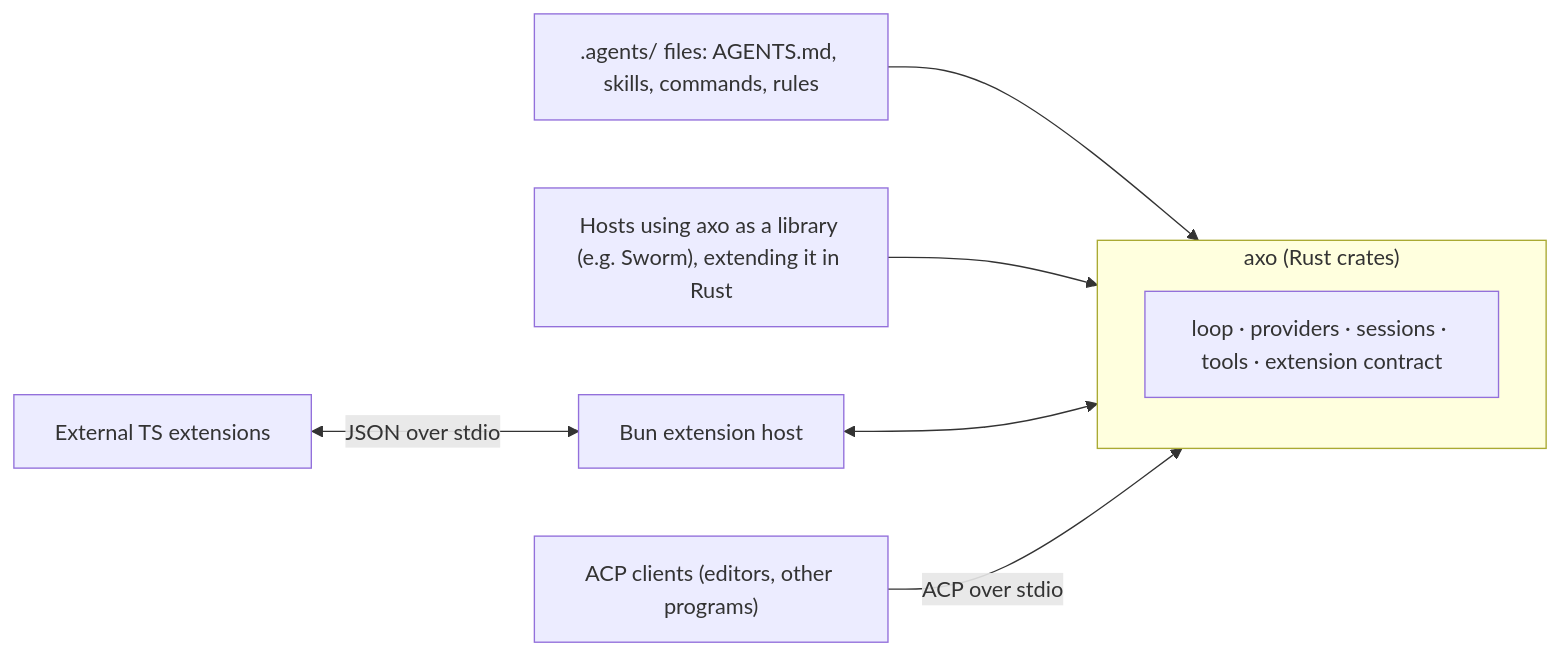
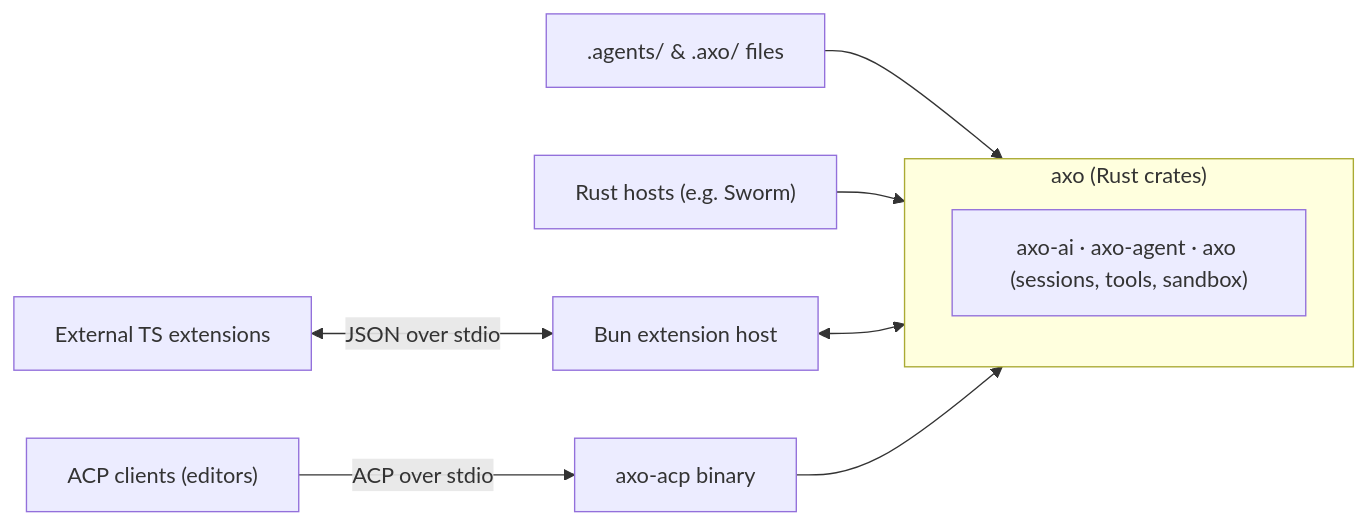
One commit to Axo-Gnosis/Axo changed the diagram in plan/design.md. Above: the diagram before and after it, drawn with Mermaid. The commit also changed other lines of this file and 5 other files, not shown here.

````diff
--- a/plan/design.md
+++ b/plan/design.md
@@ -31,10 +46,10 @@
 ```mermaid
 flowchart LR
-  D[".agents/ files: AGENTS.md, skills, commands, rules"] --> C
+  D[".agents/ & .axo/ files"] --> C
   subgraph C["axo (Rust crates)"]
-    L["loop · providers · sessions · tools · extension contract"]
+    L["axo-ai · axo-agent · axo (sessions, tools, sandbox)"]
   end
-  S["Hosts using axo as a library (e.g. Sworm), extending it in Rust"] --> C
+  S["Rust hosts (e.g. Sworm)"] --> C
   X["External TS extensions"] <-->|JSON over stdio| H["Bun extension host"] <--> C
-  R["ACP clients (editors, other programs)"] -->|ACP over stdio| C
+  R["ACP clients (editors)"] -->|ACP over stdio| A["axo-acp binary"] --> C
 ```
````
